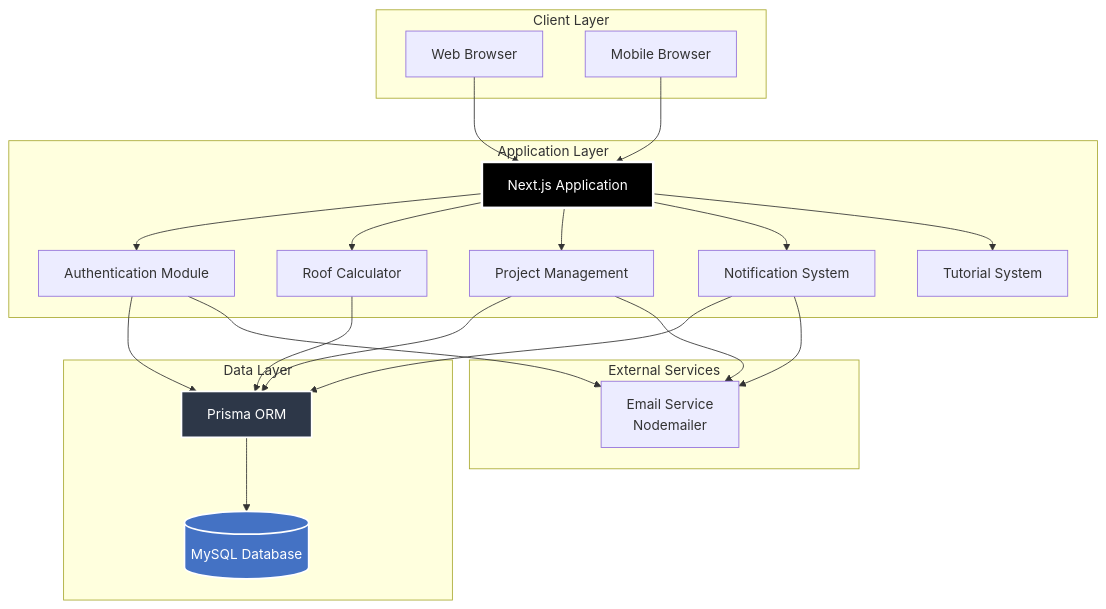
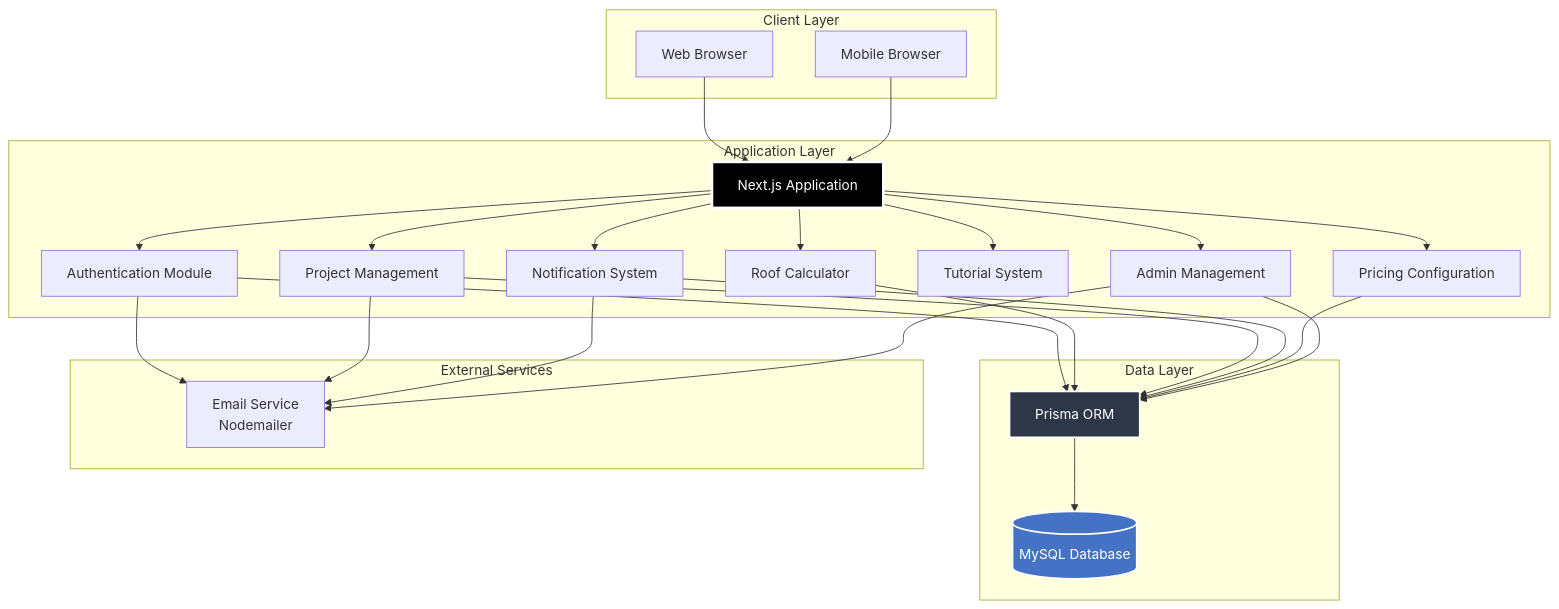
The second of 11 diagrams in README.md (Justin322322/roofcal), drawn with Mermaid before and after one commit. The commit also changed other lines of this file and 1 other file, not shown here.

````diff
--- a/README.md
+++ b/README.md
@@ -50,50 +92,56 @@
 ```mermaid
 flowchart TB
     subgraph "Client Layer"
         WEB[Web Browser]
         MOBILE[Mobile Browser]
     end
 
     subgraph "Application Layer"
         NEXT[Next.js Application]
         AUTH[Authentication Module]
         CALC[Roof Calculator]
         PROJ[Project Management]
         NOTIF[Notification System]
         TUTORIAL[Tutorial System]
+        PRICING[Pricing Configuration]
+        ADMIN[Admin Management]
     end
 
     subgraph "Data Layer"
         DB[(MySQL Database)]
         PRISMA[Prisma ORM]
     end
 
     subgraph "External Services"
         EMAIL[Email Service<br/>Nodemailer]
     end
 
     WEB --> NEXT
     MOBILE --> NEXT
     
     NEXT --> AUTH
     NEXT --> CALC
     NEXT --> PROJ
     NEXT --> NOTIF
     NEXT --> TUTORIAL
+    NEXT --> PRICING
+    NEXT --> ADMIN
     
     AUTH --> PRISMA
     CALC --> PRISMA
     PROJ --> PRISMA
     NOTIF --> PRISMA
+    PRICING --> PRISMA
+    ADMIN --> PRISMA
     
     PRISMA --> DB
     
     AUTH --> EMAIL
     PROJ --> EMAIL
     NOTIF --> EMAIL
-    
+    ADMIN --> EMAIL
 
     style NEXT fill:#000,stroke:#fff,stroke-width:3px,color:#fff
     style DB fill:#4472C4,stroke:#fff,stroke-width:2px,color:#fff
     style PRISMA fill:#2D3748,stroke:#fff,stroke-width:2px,color:#fff
 ```
````
